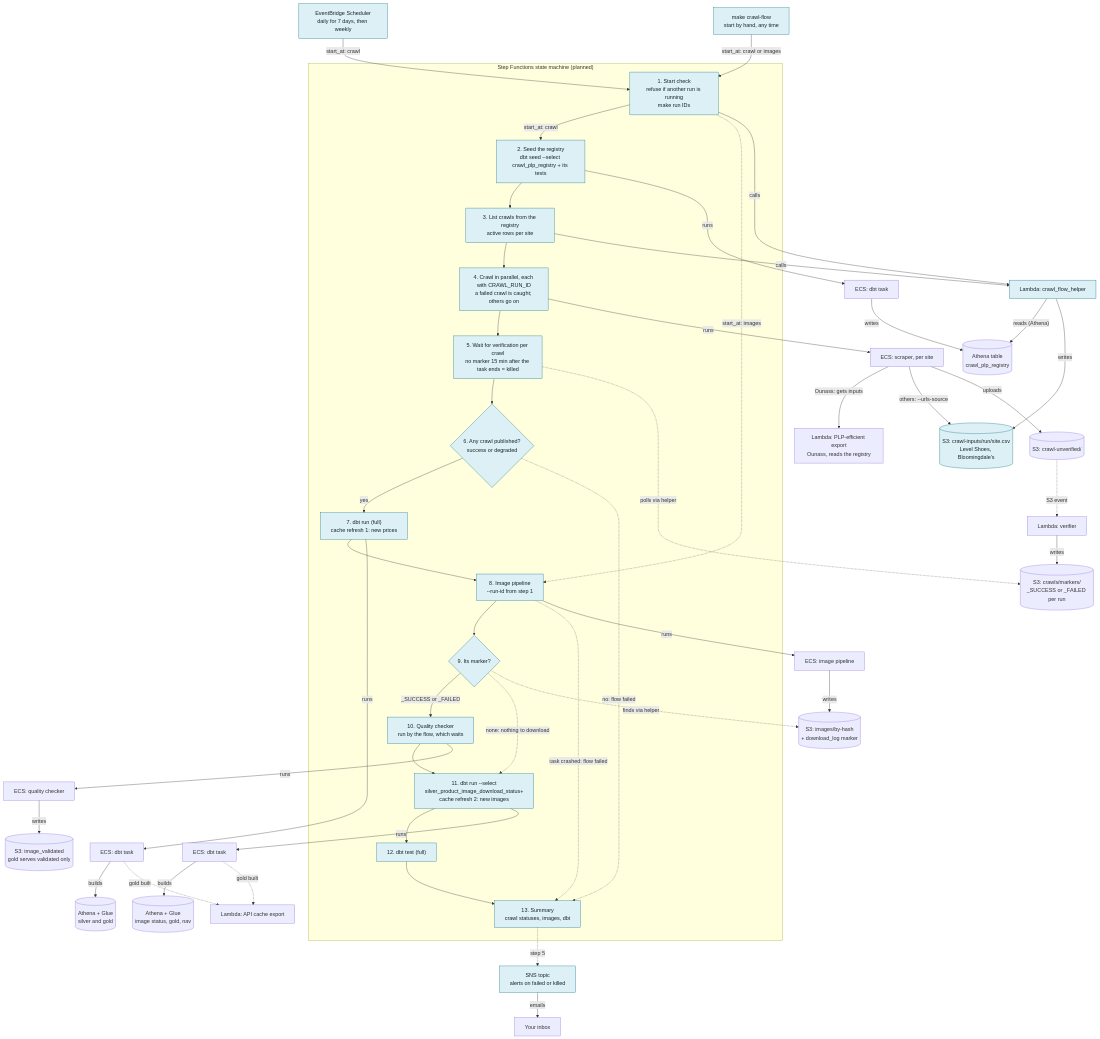
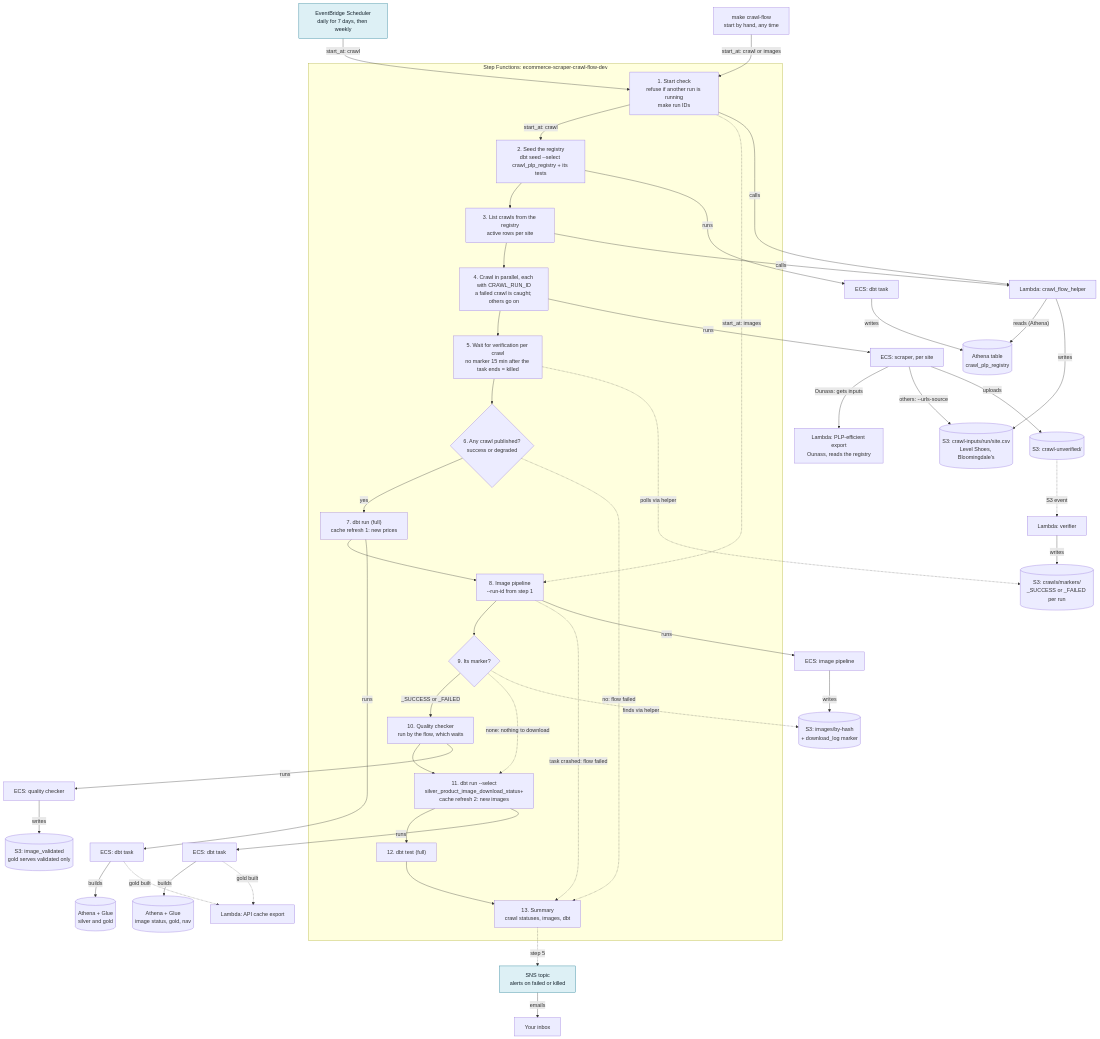
One commit to tareklel/ecommerce-scraper changed the first of 3 diagrams in docs/cicd_architecture.md. Above: the diagram before and after it, drawn with Mermaid. The commit also changed other lines of this file and 11 other files, not shown here.

Commit message:
feat: crawl flow state machine (dev) with registry-driven crawls

````diff
--- a/docs/cicd_architecture.md
+++ b/docs/cicd_architecture.md
@@ -24,82 +26,82 @@
 ```mermaid
 flowchart TD
   sched["EventBridge Scheduler<br/>daily for 7 days, then weekly"]:::planned
-  manual["make crawl-flow<br/>start by hand, any time"]:::planned
+  manual["make crawl-flow<br/>start by hand, any time"]
   sched -->|"start_at: crawl"| s1
   manual -->|"start_at: crawl or images"| s1
 
-  subgraph sfn["Step Functions state machine (planned)"]
-    s1["1. Start check<br/>refuse if another run is running<br/>make run IDs"]:::planned
-    s2["2. Seed the registry<br/>dbt seed --select crawl_plp_registry + its tests"]:::planned
-    s3["3. List crawls from the registry<br/>active rows per site"]:::planned
-    s4["4. Crawl in parallel, each with CRAWL_RUN_ID<br/>a failed crawl is caught; others go on"]:::planned
-    s5["5. Wait for verification per crawl<br/>no marker 15 min after the task ends = killed"]:::planned
-    s6{"6. Any crawl published?<br/>success or degraded"}:::planned
-    s7["7. dbt run (full)<br/>cache refresh 1: new prices"]:::planned
-    s8["8. Image pipeline<br/>--run-id from step 1"]:::planned
-    s9{"9. Its marker?"}:::planned
-    s10["10. Quality checker<br/>run by the flow, which waits"]:::planned
-    s11["11. dbt run --select<br/>silver_product_image_download_status+<br/>cache refresh 2: new images"]:::planned
-    s12["12. dbt test (full)"]:::planned
-    s13["13. Summary<br/>crawl statuses, images, dbt"]:::planned
+  subgraph sfn["Step Functions: ecommerce-scraper-crawl-flow-dev"]
+    s1["1. Start check<br/>refuse if another run is running<br/>make run IDs"]
+    s2["2. Seed the registry<br/>dbt seed --select crawl_plp_registry + its tests"]
+    s3["3. List crawls from the registry<br/>active rows per site"]
+    s4["4. Crawl in parallel, each with CRAWL_RUN_ID<br/>a failed crawl is caught; others go on"]
+    s5["5. Wait for verification per crawl<br/>no marker 15 min after the task ends = killed"]
+    s6{"6. Any crawl published?<br/>success or degraded"}
+    s7["7. dbt run (full)<br/>cache refresh 1: new prices"]
+    s8["8. Image pipeline<br/>--run-id from step 1"]
+    s9{"9. Its marker?"}
+    s10["10. Quality checker<br/>run by the flow, which waits"]
+    s11["11. dbt run --select<br/>silver_product_image_download_status+<br/>cache refresh 2: new images"]
+    s12["12. dbt test (full)"]
+    s13["13. Summary<br/>crawl statuses, images, dbt"]
     s1 -->|"start_at: crawl"| s2 --> s3 --> s4 --> s5 --> s6
     s1 -.->|"start_at: images"| s8
     s6 -->|yes| s7 --> s8 --> s9
     s6 -.->|"no: flow failed"| s13
     s9 -->|"_SUCCESS or _FAILED"| s10 --> s11
     s9 -.->|"none: nothing to download"| s11
     s8 -.->|"task crashed: flow failed"| s13
     s11 --> s12 --> s13
   end
 
   dbt1["ECS: dbt task"]
   reg[("Athena table<br/>crawl_plp_registry")]
   s2 -->|runs| dbt1 -->|writes| reg
 
-  helper["Lambda: crawl_flow_helper"]:::planned
-  urls[("S3: crawl-inputs/run/site.csv<br/>Level Shoes, Bloomingdale's")]:::planned
+  helper["Lambda: crawl_flow_helper"]
+  urls[("S3: crawl-inputs/run/site.csv<br/>Level Shoes, Bloomingdale's")]
   s1 -->|calls| helper
   s3 -->|calls| helper
   helper -->|"reads (Athena)"| reg
   helper -->|writes| urls
 
   scraper["ECS: scraper, per site"]
   exportfn["Lambda: PLP-efficient export<br/>Ounass, reads the registry"]
   unverified[("S3: crawl-unverified/")]
   s4 -->|runs| scraper
   scraper -->|"Ounass: gets inputs"| exportfn
   scraper -->|"others: --urls-source"| urls
   scraper -->|uploads| unverified
 
   verifier["Lambda: verifier"]
   markers[("S3: crawls/markers/<br/>_SUCCESS or _FAILED per run")]
   unverified -.->|"S3 event"| verifier
   verifier -->|writes| markers
   s5 -.->|"polls via helper"| markers
 
   dbt2["ECS: dbt task"]
   silver[("Athena + Glue<br/>silver and gold")]
   s7 -->|runs| dbt2 -->|builds| silver
 
   images["ECS: image pipeline"]
   blobs[("S3: images/by-hash<br/>+ download_log marker")]
   s8 -->|runs| images -->|writes| blobs
   s9 -.->|"finds via helper"| blobs
 
   checker["ECS: quality checker"]
   results[("S3: image_validated<br/>gold serves validated only")]
   s10 -->|runs| checker -->|writes| results
 
   dbt3["ECS: dbt task"]
   gold[("Athena + Glue<br/>image status, gold, nav")]
   apicache["Lambda: API cache export"]
   s11 -->|runs| dbt3 -->|builds| gold
   dbt2 -.->|"gold built"| apicache
   dbt3 -.->|"gold built"| apicache
 
   sns["SNS topic<br/>alerts on failed or killed"]:::planned
   inbox["Your inbox"]
   s13 -.->|"step 5"| sns -->|emails| inbox
 
   classDef planned fill:#ddf0f5,stroke:#0b6f8a,color:#16232d
 ```
````
